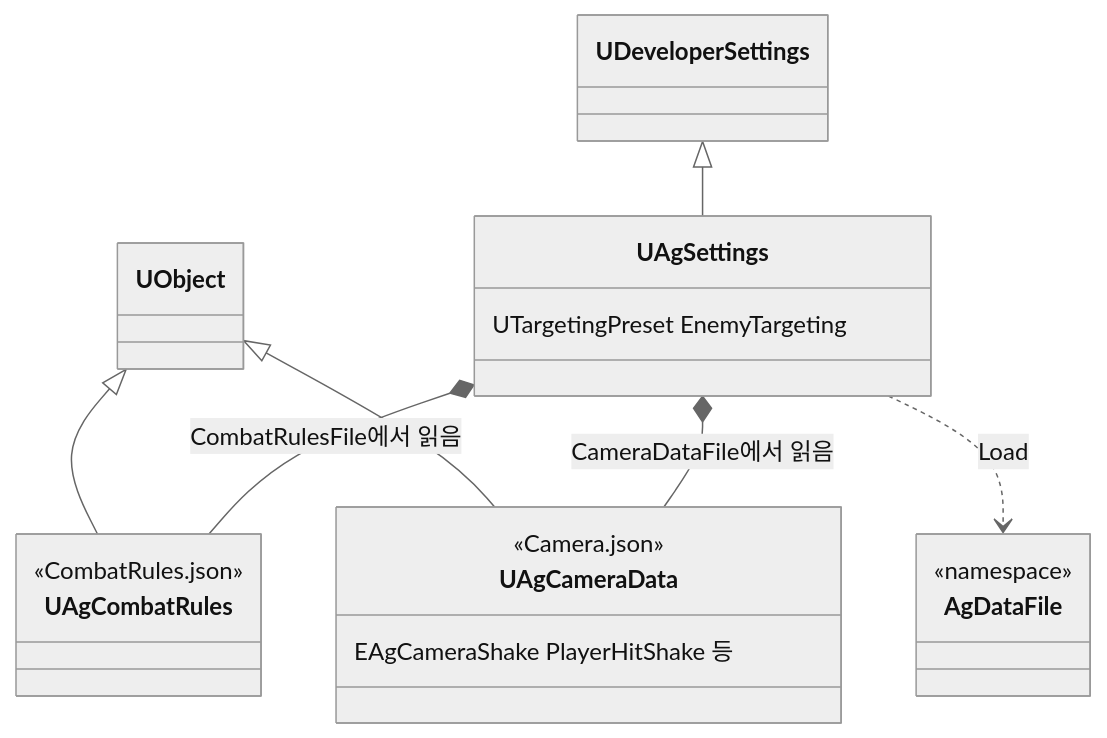
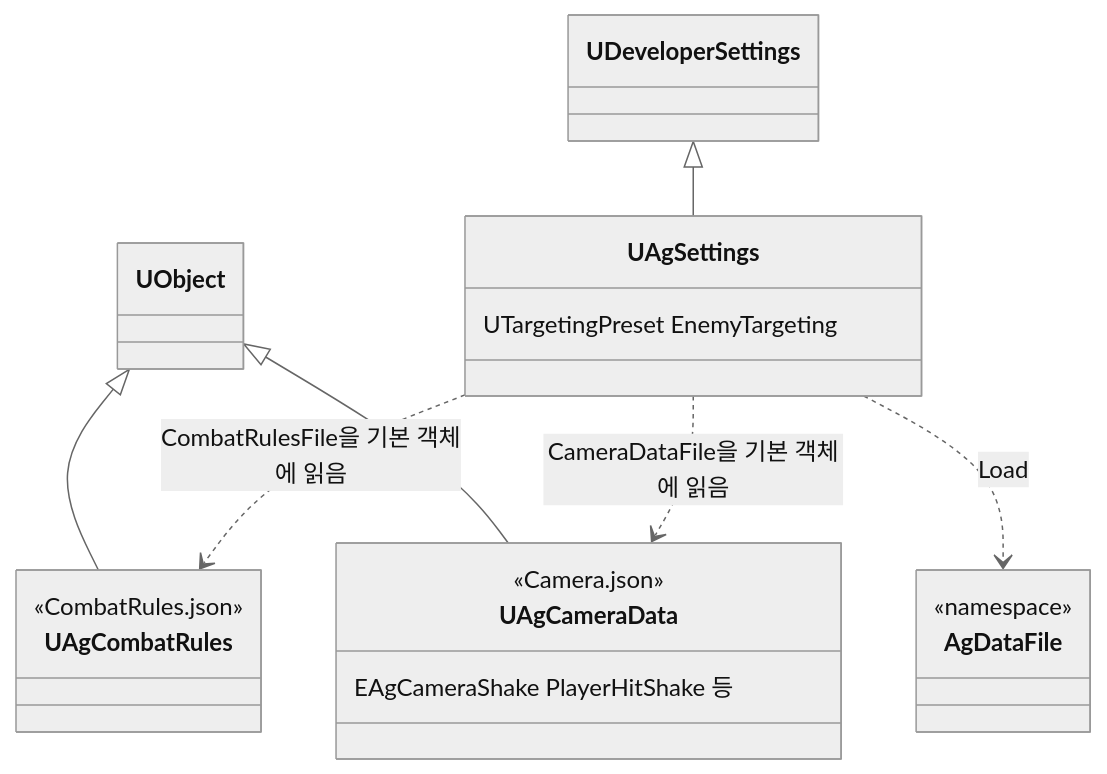
One commit to Woogl/Ag changed diagram 12 of 20 in Docs/Program/클래스 구조도.md. Above: the diagram before and after it, drawn with Mermaid (neutral theme). The commit also changed other lines of this file and 38 other files, not shown here.

````diff
--- a/Docs/Program/클래스 구조도.md
+++ b/Docs/Program/클래스 구조도.md
@@ -474,23 +475,23 @@
 ```mermaid
 classDiagram
     direction TB
     class UAgSettings {
         UTargetingPreset EnemyTargeting
     }
     class UAgCombatRules {
         <<CombatRules.json>>
     }
     class UAgCameraData {
         <<Camera.json>>
         EAgCameraShake PlayerHitShake 등
     }
     class AgDataFile {
         <<namespace>>
     }
     UDeveloperSettings <|-- UAgSettings
     UObject <|-- UAgCombatRules
     UObject <|-- UAgCameraData
-    UAgSettings *-- UAgCombatRules : CombatRulesFile에서 읽음
-    UAgSettings *-- UAgCameraData : CameraDataFile에서 읽음
+    UAgSettings ..> UAgCombatRules : CombatRulesFile을 기본 객체에 읽음
+    UAgSettings ..> UAgCameraData : CameraDataFile을 기본 객체에 읽음
     UAgSettings ..> AgDataFile : Load
 ```
````
